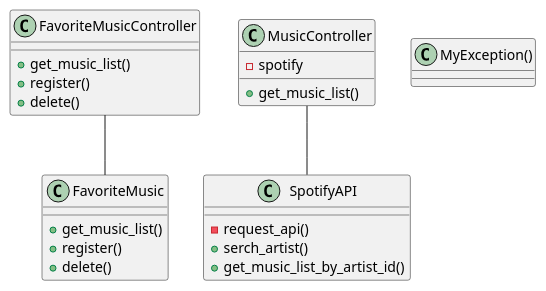
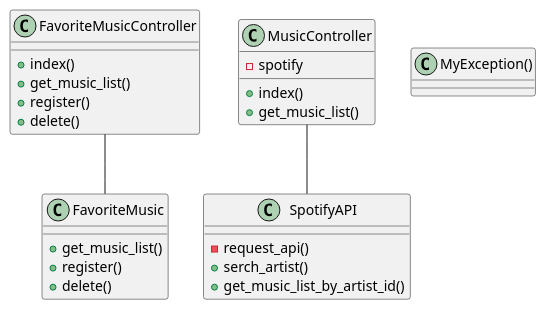
The diagram in flask/uml/class.pu (hakkason22/musicexplorer), drawn with PlantUML before and after one commit. The commit also changed 5 other files, not shown here.

```diff
--- a/flask/uml/class.pu
+++ b/flask/uml/class.pu
@@ -1,39 +1,41 @@
 @startuml musicexplorer_class_diagram
 
 'favorite_musicsテーブルのモデルクラス
 class FavoriteMusic{
     + get_music_list()
     + register()
     + delete()
 }
 
 'SportifyAPIと直接やりとりするクラス
 class SpotifyAPI{
     - request_api()
     + serch_artist()
     + get_music_list_by_artist_id()
 }
 
 '楽曲取得時などにエントリーポイントから呼び出される
 class MusicController{
     - spotify
+    + index()
     + get_music_list()
 }
 
 'お気に入り曲の管理時にエントリーポイントから呼び出される
 class FavoriteMusicController{
+    + index()
     + get_music_list()
     + register()
     + delete()
 }
 
 '例外処理これでいいのか？
 'いったん省略
 class MyException(){
 
 }
 
 MusicController -- SpotifyAPI
 FavoriteMusicController -- FavoriteMusic
 
 @enduml
```
